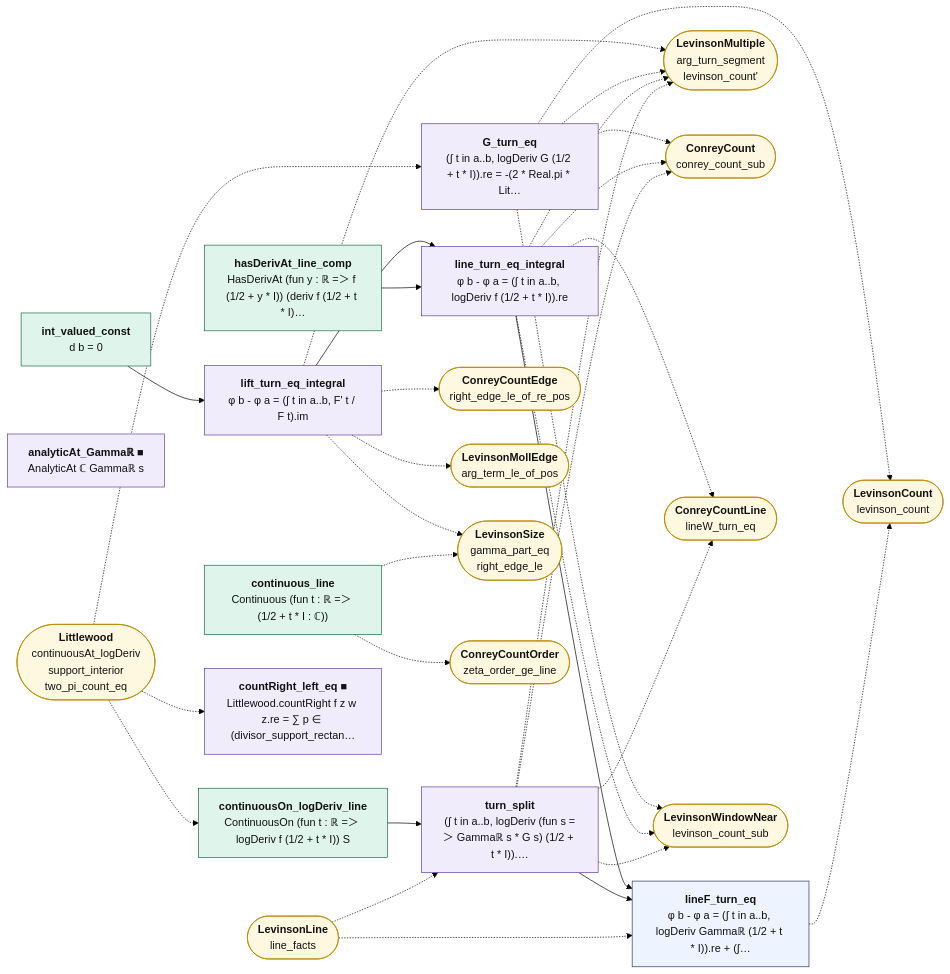
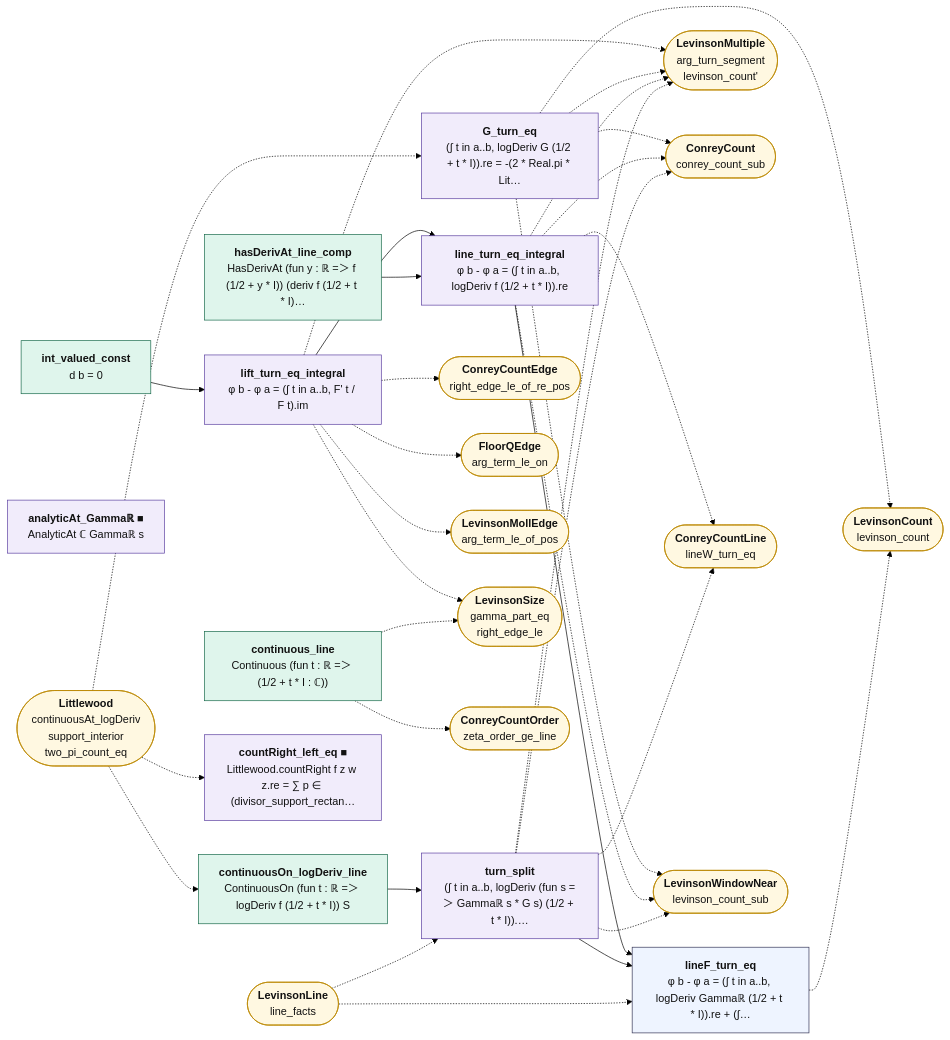
The diagram in map/lean_stage3/LevinsonTurn.md (juliansambranojr/Primebeat_081426), drawn with Mermaid (forest theme) before and after one commit. The commit also changed other lines of this file and 70 other files, not shown here.

````diff
--- a/map/lean_stage3/LevinsonTurn.md
+++ b/map/lean_stage3/LevinsonTurn.md
@@ -14,63 +14,65 @@
 ```mermaid
 flowchart LR
   n0["<b>int_valued_const</b><br/>d b = 0"]:::cnt
   n1["<b>lift_turn_eq_integral</b><br/>φ b - φ a = (∫ t in a..b, F' t / F t).im"]:::shp
   n2["<b>hasDerivAt_line_comp</b><br/>HasDerivAt (fun y : ℝ =＞ f (1/2 + y * I)) (deriv f (1/2 + t * I)…"]:::cnt
   n3["<b>continuous_line</b><br/>Continuous (fun t : ℝ =＞ (1/2 + t * I : ℂ))"]:::cnt
   n4["<b>line_turn_eq_integral</b><br/>φ b - φ a = (∫ t in a..b, logDeriv f (1/2 + t * I)).re"]:::shp
   n5["<b>continuousOn_logDeriv_line</b><br/>ContinuousOn (fun t : ℝ =＞ logDeriv f (1/2 + t * I)) S"]:::cnt
   n6["<b>analyticAt_Gammaℝ ■</b><br/>AnalyticAt ℂ Gammaℝ s"]:::shp
   n7["<b>turn_split</b><br/>(∫ t in a..b, logDeriv (fun s =＞ Gammaℝ s * G s) (1/2 + t * I)).…"]:::shp
   n8["<b>lineF_turn_eq</b><br/>φ b - φ a = (∫ t in a..b, logDeriv Gammaℝ (1/2 + t * I)).re + (∫…"]:::thm
   n9["<b>countRight_left_eq ■</b><br/>Littlewood.countRight f z w z.re = ∑ p ∈ (divisor_support_rectan…"]:::shp
   n10["<b>G_turn_eq</b><br/>(∫ t in a..b, logDeriv G (1/2 + t * I)).re = -(2 * Real.pi * Lit…"]:::shp
   x0(["<b>ConreyCountEdge</b><br/>right_edge_le_of_re_pos"]):::ext
-  x1(["<b>LevinsonMollEdge</b><br/>arg_term_le_of_pos"]):::ext
-  x2(["<b>LevinsonMultiple</b><br/>arg_turn_segment<br/>levinson_count'"]):::ext
-  x3(["<b>LevinsonSize</b><br/>gamma_part_eq<br/>right_edge_le"]):::ext
-  x4(["<b>ConreyCountOrder</b><br/>zeta_order_ge_line"]):::ext
-  x5(["<b>ConreyCount</b><br/>conrey_count_sub"]):::ext
-  x6(["<b>ConreyCountLine</b><br/>lineW_turn_eq"]):::ext
-  x7(["<b>LevinsonWindowNear</b><br/>levinson_count_sub"]):::ext
-  x8(["<b>Littlewood</b><br/>continuousAt_logDeriv<br/>support_interior<br/>two_pi_count_eq"]):::ext
-  x9(["<b>LevinsonLine</b><br/>line_facts"]):::ext
-  x10(["<b>LevinsonCount</b><br/>levinson_count"]):::ext
+  x1(["<b>FloorQEdge</b><br/>arg_term_le_on"]):::ext
+  x2(["<b>LevinsonMollEdge</b><br/>arg_term_le_of_pos"]):::ext
+  x3(["<b>LevinsonMultiple</b><br/>arg_turn_segment<br/>levinson_count'"]):::ext
+  x4(["<b>LevinsonSize</b><br/>gamma_part_eq<br/>right_edge_le"]):::ext
+  x5(["<b>ConreyCountOrder</b><br/>zeta_order_ge_line"]):::ext
+  x6(["<b>ConreyCount</b><br/>conrey_count_sub"]):::ext
+  x7(["<b>ConreyCountLine</b><br/>lineW_turn_eq"]):::ext
+  x8(["<b>LevinsonWindowNear</b><br/>levinson_count_sub"]):::ext
+  x9(["<b>Littlewood</b><br/>continuousAt_logDeriv<br/>support_interior<br/>two_pi_count_eq"]):::ext
+  x10(["<b>LevinsonLine</b><br/>line_facts"]):::ext
+  x11(["<b>LevinsonCount</b><br/>levinson_count"]):::ext
   n0 --> n1
   n1 --> n4
   n2 --> n4
   n4 --> n8
   n5 --> n7
   n7 --> n8
   n1 -.-> x0
   n1 -.-> x1
   n1 -.-> x2
   n1 -.-> x3
-  n10 -.-> x10
-  n10 -.-> x2
-  n10 -.-> x5
-  n10 -.-> x7
-  n3 -.-> x3
+  n1 -.-> x4
+  n10 -.-> x11
+  n10 -.-> x3
+  n10 -.-> x6
+  n10 -.-> x8
   n3 -.-> x4
-  n4 -.-> x2
-  n4 -.-> x5
+  n3 -.-> x5
+  n4 -.-> x3
   n4 -.-> x6
   n4 -.-> x7
-  n7 -.-> x2
-  n7 -.-> x5
+  n4 -.-> x8
+  n7 -.-> x3
   n7 -.-> x6
   n7 -.-> x7
-  n8 -.-> x10
-  x8 -.-> n10
-  x8 -.-> n5
-  x8 -.-> n9
-  x9 -.-> n7
-  x9 -.-> n8
+  n7 -.-> x8
+  n8 -.-> x11
+  x10 -.-> n7
+  x10 -.-> n8
+  x9 -.-> n10
+  x9 -.-> n5
+  x9 -.-> n9
   classDef cnt fill:#dff5ec,stroke:#17694a,color:#111
   classDef shp fill:#f1ecfb,stroke:#5b3fa0,color:#111
   classDef rh fill:#ffe5e5,stroke:#c22,color:#111,stroke-width:2px
   classDef thm fill:#eef4ff,stroke:#335,color:#111
   classDef end_ fill:#e7f7e7,stroke:#2a7,color:#111,stroke-width:2px
   classDef lone fill:#fff,stroke:#999,color:#111,stroke-dasharray:4 3
   classDef bad fill:#ffe5e5,stroke:#c22,color:#111,stroke-width:2px
   classDef ext fill:#fff8e1,stroke:#b80,color:#111
 ```
````
